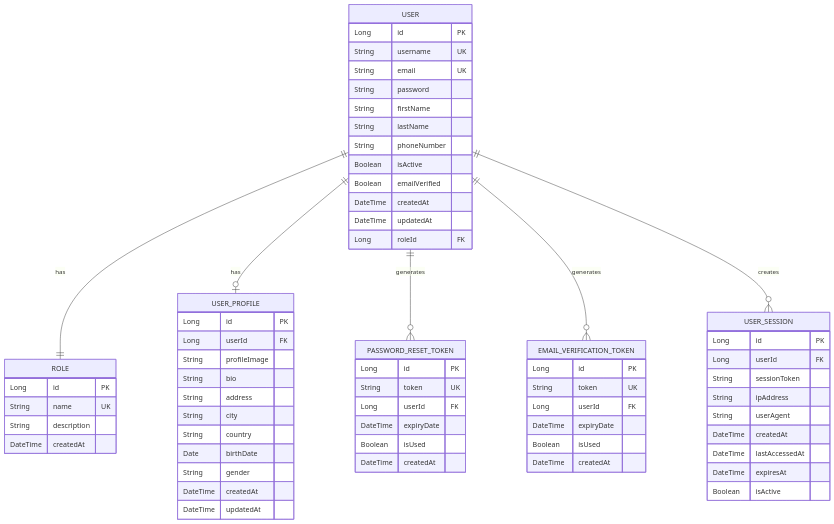
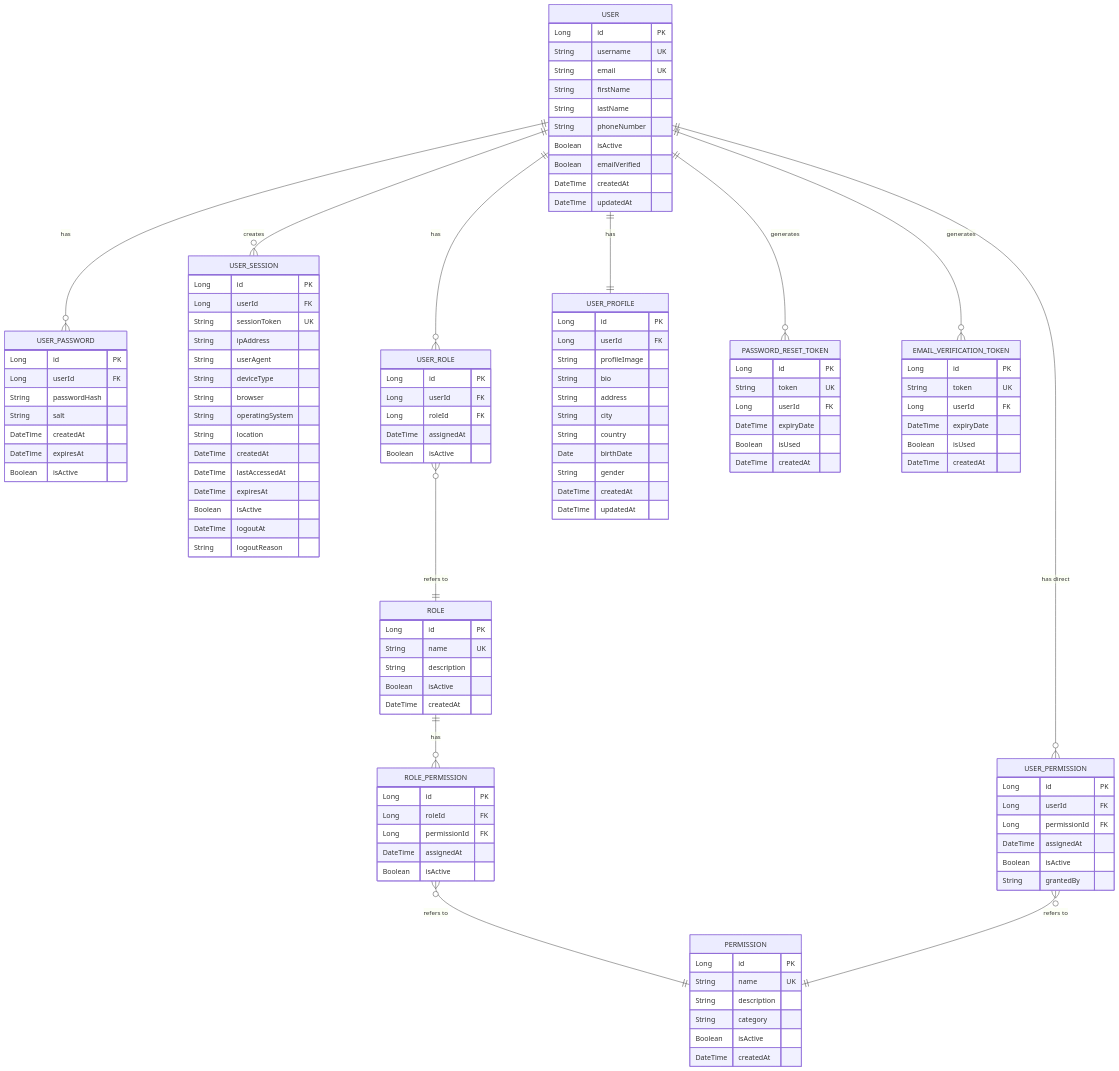
The second of 3 diagrams in userPanel/readme.md (enesdogansanli/JavaPlayground), drawn with Mermaid before and after one commit. The commit also changed other lines of this file, not shown here.

Commit message:
user_panel: Add System Desing Docs

````diff
--- a/userPanel/readme.md
+++ b/userPanel/readme.md
@@ -21,7 +265,6 @@
         Long id PK
         String username UK
         String email UK
-        String password
         String firstName
         String lastName
         String phoneNumber
@@ -29,13 +272,75 @@
         Boolean emailVerified
         DateTime createdAt
         DateTime updatedAt
+    }
+    
+    USER_PASSWORD {
+        Long id PK
+        Long userId FK
+        String passwordHash
+        String salt
+        DateTime createdAt
+        DateTime expiresAt
+        Boolean isActive
+    }
+    
+    USER_SESSION {
+        Long id PK
+        Long userId FK
+        String sessionToken UK
+        String ipAddress
+        String userAgent
+        String deviceType
+        String browser
+        String operatingSystem
+        String location
+        DateTime createdAt
+        DateTime lastAccessedAt
+        DateTime expiresAt
+        Boolean isActive
+        DateTime logoutAt
+        String logoutReason
+    }
+    
+    USER_ROLE {
+        Long id PK
+        Long userId FK
         Long roleId FK
+        DateTime assignedAt
+        Boolean isActive
     }
     
     ROLE {
         Long id PK
         String name UK
         String description
+        Boolean isActive
+        DateTime createdAt
+    }
+    
+    ROLE_PERMISSION {
+        Long id PK
+        Long roleId FK
+        Long permissionId FK
+        DateTime assignedAt
+        Boolean isActive
+    }
+    
+    USER_PERMISSION {
+        Long id PK
+        Long userId FK
+        Long permissionId FK
+        DateTime assignedAt
+        Boolean isActive
+        String grantedBy
+    }
+    
+    PERMISSION {
+        Long id PK
+        String name UK
+        String description
+        String category
+        Boolean isActive
         DateTime createdAt
     }
     
@@ -70,23 +375,16 @@
         Boolean isUsed
         DateTime createdAt
     }
-    
-    USER_SESSION {
-        Long id PK
-        Long userId FK
-        String sessionToken
-        String ipAddress
-        String userAgent
-        DateTime createdAt
-        DateTime lastAccessedAt
-        DateTime expiresAt
-        Boolean isActive
-    }
 
-    USER ||--|| ROLE : "has"
-    USER ||--o| USER_PROFILE : "has"
+    USER ||--o{ USER_PASSWORD : "has"
+    USER ||--o{ USER_SESSION : "creates"
+    USER ||--o{ USER_ROLE : "has"
+    USER_ROLE }o--|| ROLE : "refers to"
+    ROLE ||--o{ ROLE_PERMISSION : "has"
+    ROLE_PERMISSION }o--|| PERMISSION : "refers to"
+    USER ||--o{ USER_PERMISSION : "has direct"
+    USER_PERMISSION }o--|| PERMISSION : "refers to"
+    USER ||--|| USER_PROFILE : "has"
     USER ||--o{ PASSWORD_RESET_TOKEN : "generates"
     USER ||--o{ EMAIL_VERIFICATION_TOKEN : "generates"
-    USER ||--o{ USER_SESSION : "creates"
-
 ```
````
